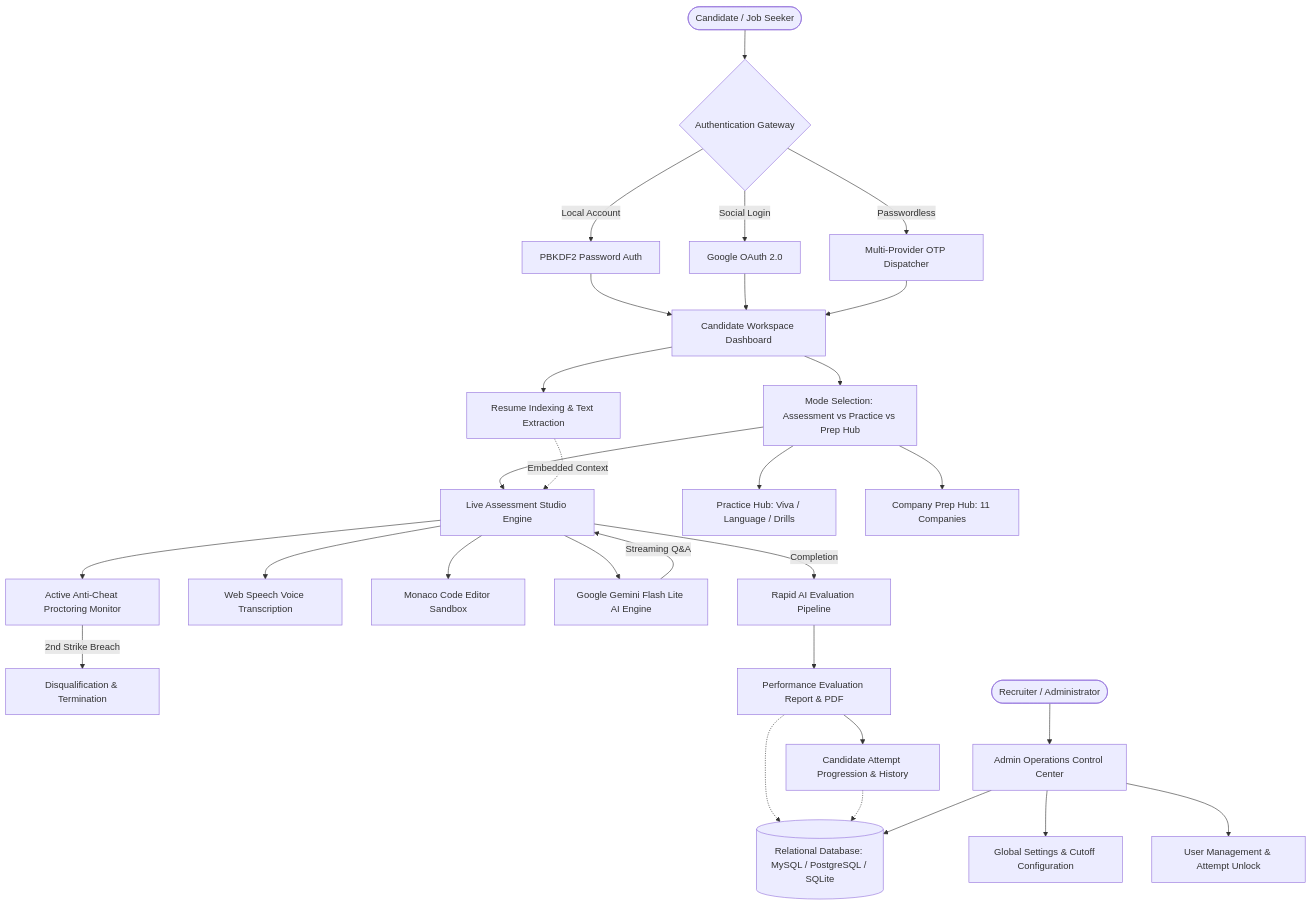
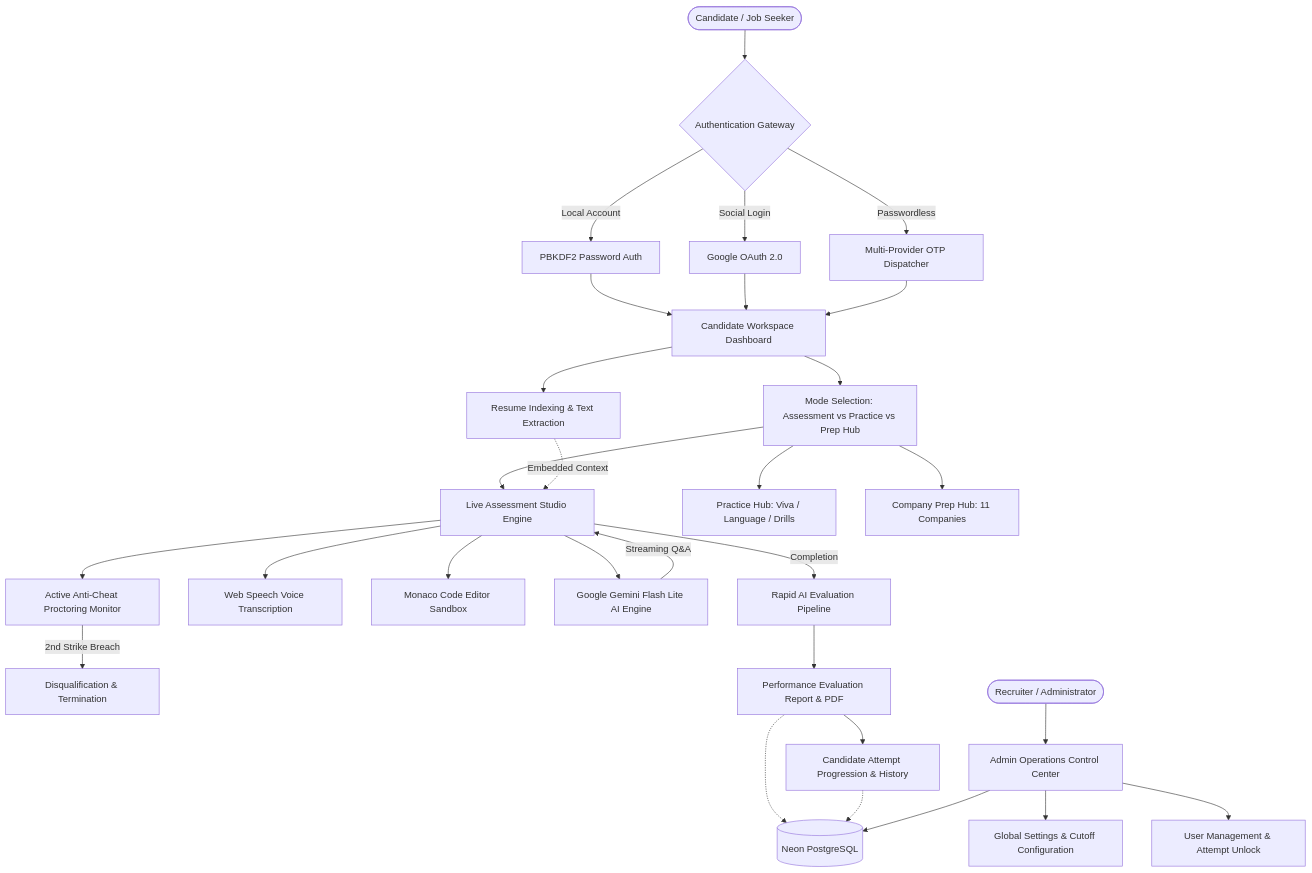
The first of 5 diagrams in README.md (MR360-TECH/AI_INTERVIEW_PLATFORM), drawn with Mermaid before and after one commit. The commit also changed other lines of this file and 24 other files, not shown here.

````diff
--- a/README.md
+++ b/README.md
@@ -151,40 +151,40 @@
 ```mermaid
 flowchart TD
     User([Candidate / Job Seeker]) --> AuthLayer{Authentication Gateway}
     
     AuthLayer -->|Local Account| LocalLogin[PBKDF2 Password Auth]
     AuthLayer -->|Social Login| GoogleOAuth[Google OAuth 2.0]
     AuthLayer -->|Passwordless| OTPAuth[Multi-Provider OTP Dispatcher]
     
     LocalLogin --> Dashboard[Candidate Workspace Dashboard]
     GoogleOAuth --> Dashboard
     OTPAuth --> Dashboard
     
     Dashboard --> ResumeUpload[Resume Indexing & Text Extraction]
     Dashboard --> TrackSelection[Mode Selection: Assessment vs Practice vs Prep Hub]
     
     TrackSelection --> InterviewEngine[Live Assessment Studio Engine]
     TrackSelection --> PracticeHub[Practice Hub: Viva / Language / Drills]
     TrackSelection --> CompanyPrep[Company Prep Hub: 11 Companies]
     ResumeUpload -.->|Embedded Context| InterviewEngine
     
     InterviewEngine --> Proctor[Active Anti-Cheat Proctoring Monitor]
     InterviewEngine --> VoiceInput[Web Speech Voice Transcription]
     InterviewEngine --> Monaco[Monaco Code Editor Sandbox]
     InterviewEngine --> GeminiEngine[Google Gemini Flash Lite AI Engine]
     
     GeminiEngine -->|Streaming Q&A| InterviewEngine
     Proctor -->|2nd Strike Breach| Terminate[Disqualification & Termination]
     
     InterviewEngine -->|Completion| ResultGen[Rapid AI Evaluation Pipeline]
     ResultGen --> Scorecard[Performance Evaluation Report & PDF]
     Scorecard --> History[Candidate Attempt Progression & History]
     
-    Scorecard -.-> DB[(Relational Database: MySQL / PostgreSQL / SQLite)]
+    Scorecard -.-> DB[(Neon PostgreSQL)]
     History -.-> DB
     
     AdminUser([Recruiter / Administrator]) --> AdminPanel[Admin Operations Control Center]
     AdminPanel --> DB
     AdminPanel --> ConfigMgmt[Global Settings & Cutoff Configuration]
     AdminPanel --> UserMgmt[User Management & Attempt Unlock]
 ```
````
